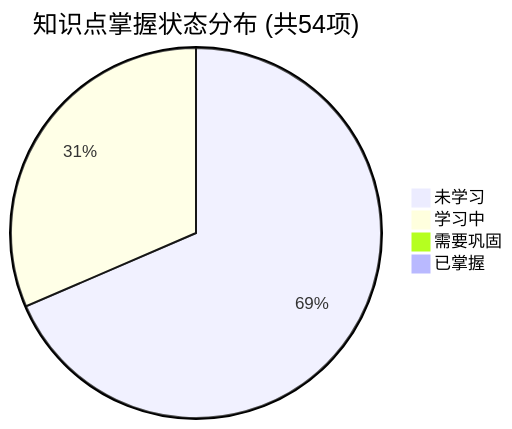
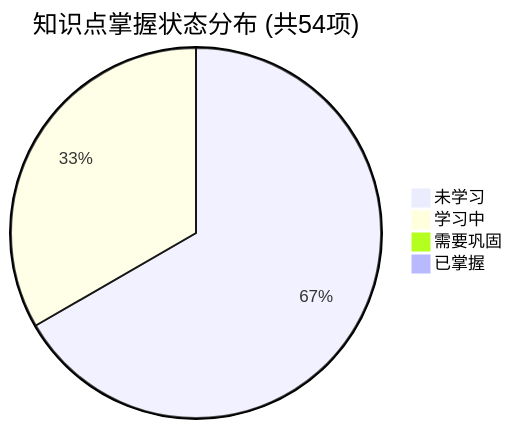
One commit to tieke1121/tech-interview-knowledge-base changed the first of 2 diagrams in PROGRESS.md. Above: the diagram before and after it, drawn with Mermaid. The commit also changed other lines of this file and 1 other file, not shown here.

Commit message:
feat(day20): add observability, disaster recovery & high availability architecture document

````diff
--- a/PROGRESS.md
+++ b/PROGRESS.md
@@ -23,7 +23,7 @@
 ```mermaid
 pie title 知识点掌握状态分布 (共54项)
-    "未学习" : 37
-    "学习中" : 17
+    "未学习" : 36
+    "学习中" : 18
     "需要巩固" : 0
     "已掌握" : 0
 ```
````
